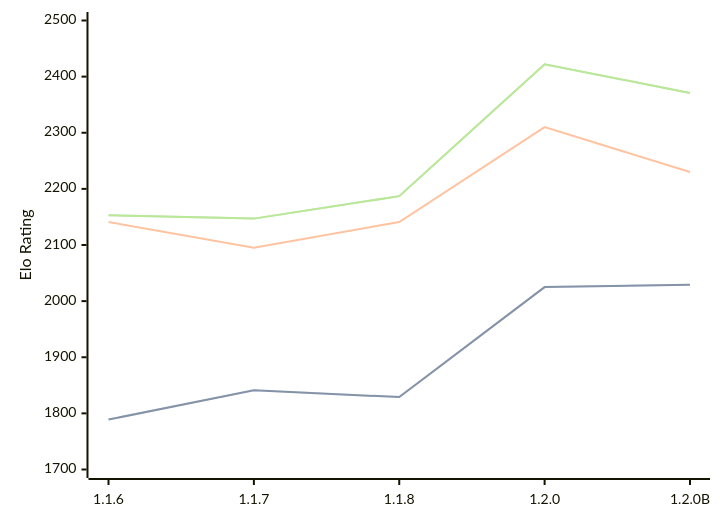
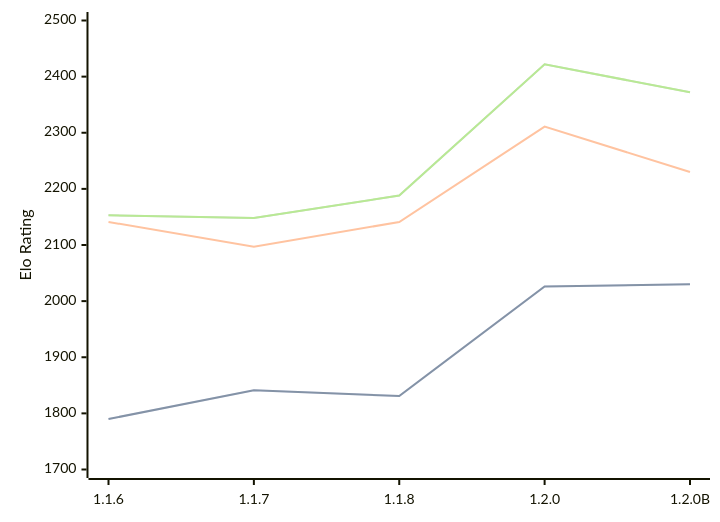
The diagram in engines/Soomi.md (computer-chess-index/cci), drawn with Mermaid before and after one commit. The commit also changed other lines of this file, not shown here.

Commit message:
Update CCI Ratings (ELO VLTC) - 2026-08-21

````diff
--- a/engines/Soomi.md
+++ b/engines/Soomi.md
@@ -35,11 +35,11 @@
 ```mermaid
 %%{init: {"theme":"base","themeVariables":{"seriesColors:['#a3a3a3','#222221','#faa371']}}}%%
 xychart-beta
   x-axis ["1.1.6", "1.1.7", "1.1.8", "1.2.0", "1.2.0B"]
   y-axis "Elo Rating" 1700 --> 2500
-  line "STC (8.0+0.08s)" [1789, 1841, 1829, 2025, 2029]
-  line "STC (8.0+0.08s)" [1789, 1841, 1829, 2025, 2029]
-  line "LTC (60.0+0.60s)" [2141, 2095, 2141, 2310, 2230]
-  line "VLTC (2m24s+1.12s)" [2153, 2147, 2187, 2422, 2371]
-  line "VLTC (2m24s+1.12s)" [2153, 2147, 2187, 2422, 2371]
+  line "STC (8.0+0.08s)" [1790, 1841, 1831, 2026, 2030]
+  line "STC (8.0+0.08s)" [1790, 1841, 1831, 2026, 2030]
+  line "LTC (60.0+0.60s)" [2141, 2097, 2141, 2311, 2230]
+  line "VLTC (2m24s+1.12s)" [2153, 2148, 2188, 2422, 2372]
+  line "VLTC (2m24s+1.12s)" [2153, 2148, 2188, 2422, 2372]
 ```
````
